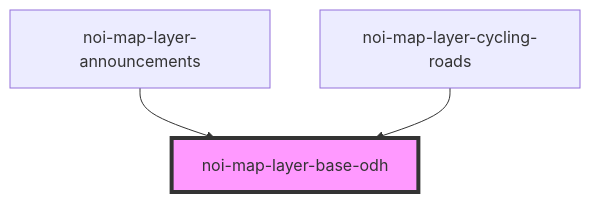
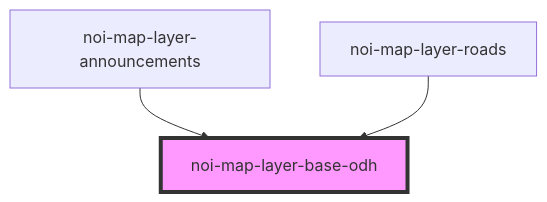
The diagram in src/blocks/map-layer-base-odh/readme.md (MaxXx1313/webcomp-digiway), drawn with Mermaid before and after one commit. The commit also changed other lines of this file and 5 other files, not shown here.

````diff
--- a/src/blocks/map-layer-base-odh/readme.md
+++ b/src/blocks/map-layer-base-odh/readme.md
@@ -40,6 +40,6 @@
 ```mermaid
 graph TD;
   noi-map-layer-announcements --> noi-map-layer-base-odh
-  noi-map-layer-cycling-roads --> noi-map-layer-base-odh
+  noi-map-layer-roads --> noi-map-layer-base-odh
   style noi-map-layer-base-odh fill:#f9f,stroke:#333,stroke-width:4px
 ```
````
